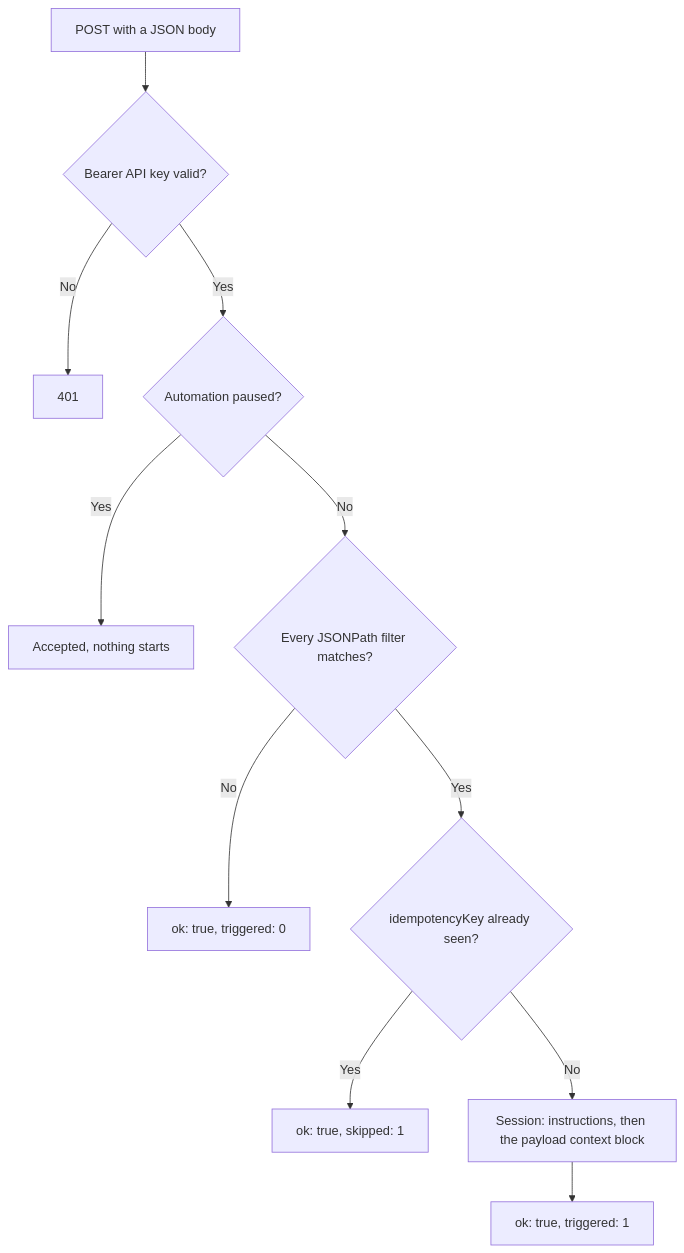
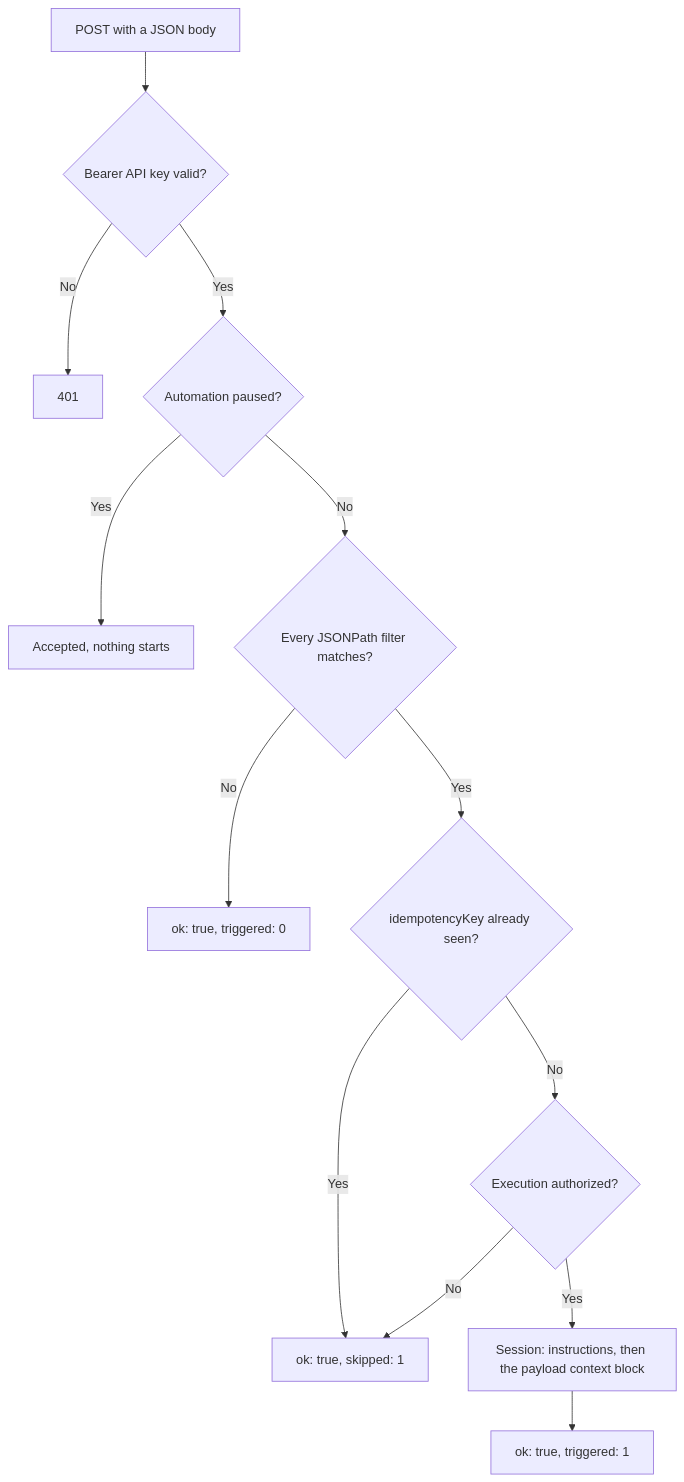
The diagram in packages/docs/content/docs/automations/inbound-webhooks.mdx (ColeMurray/background-agents), drawn with Mermaid before and after one commit. The commit also changed other lines of this file and 12 other files, not shown here.

````diff
--- a/packages/docs/content/docs/automations/inbound-webhooks.mdx
+++ b/packages/docs/content/docs/automations/inbound-webhooks.mdx
@@ -30,14 +30,16 @@
 ```mermaid
 flowchart TB
     accTitle: How an inbound webhook request is authenticated, filtered, and turned into a run
     post["POST with a JSON body"] --> auth{"Bearer API key valid?"}
     auth -->|No| unauthorized["401"]
     auth -->|Yes| paused{"Automation paused?"}
     paused -->|Yes| nothing["Accepted, nothing starts"]
     paused -->|No| filters{"Every JSONPath filter matches?"}
     filters -->|No| none["ok: true, triggered: 0"]
     filters -->|Yes| dedupe{"idempotencyKey already seen?"}
     dedupe -->|Yes| skipped["ok: true, skipped: 1"]
-    dedupe -->|No| session["Session: instructions, then the payload context block"]
+    dedupe -->|No| execution{"Execution authorized?"}
+    execution -->|No| skipped
+    execution -->|Yes| session["Session: instructions, then the payload context block"]
     session --> triggered["ok: true, triggered: 1"]
 ```
````
